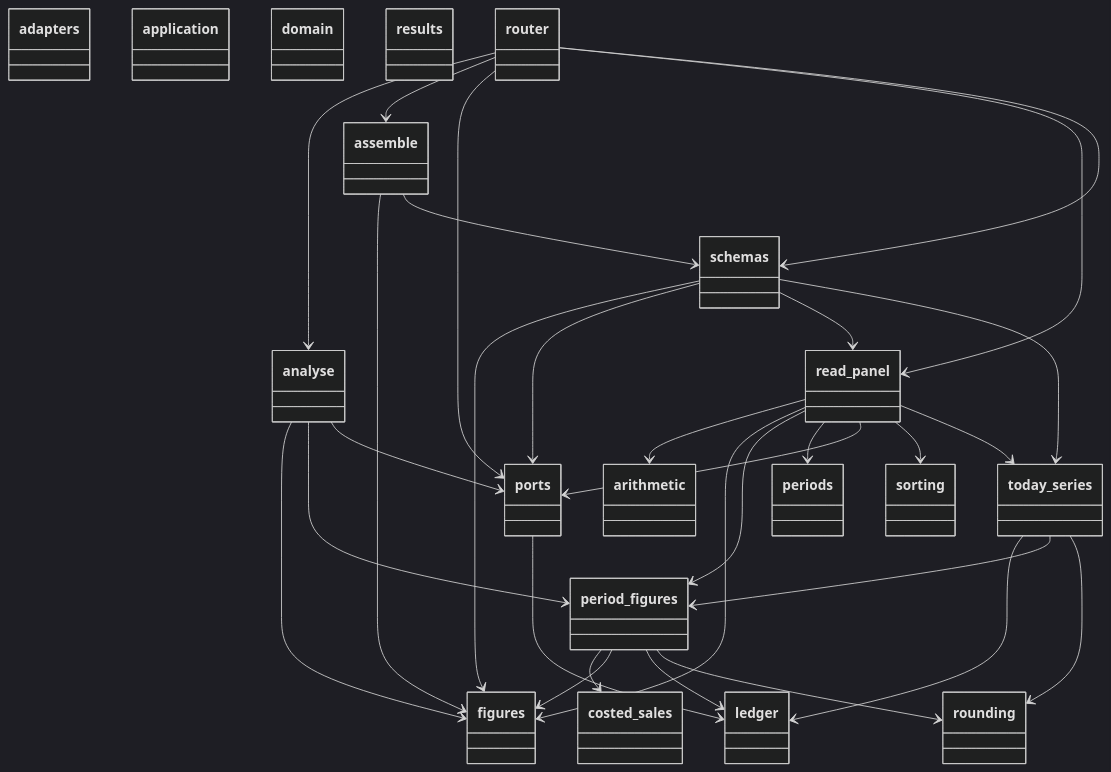
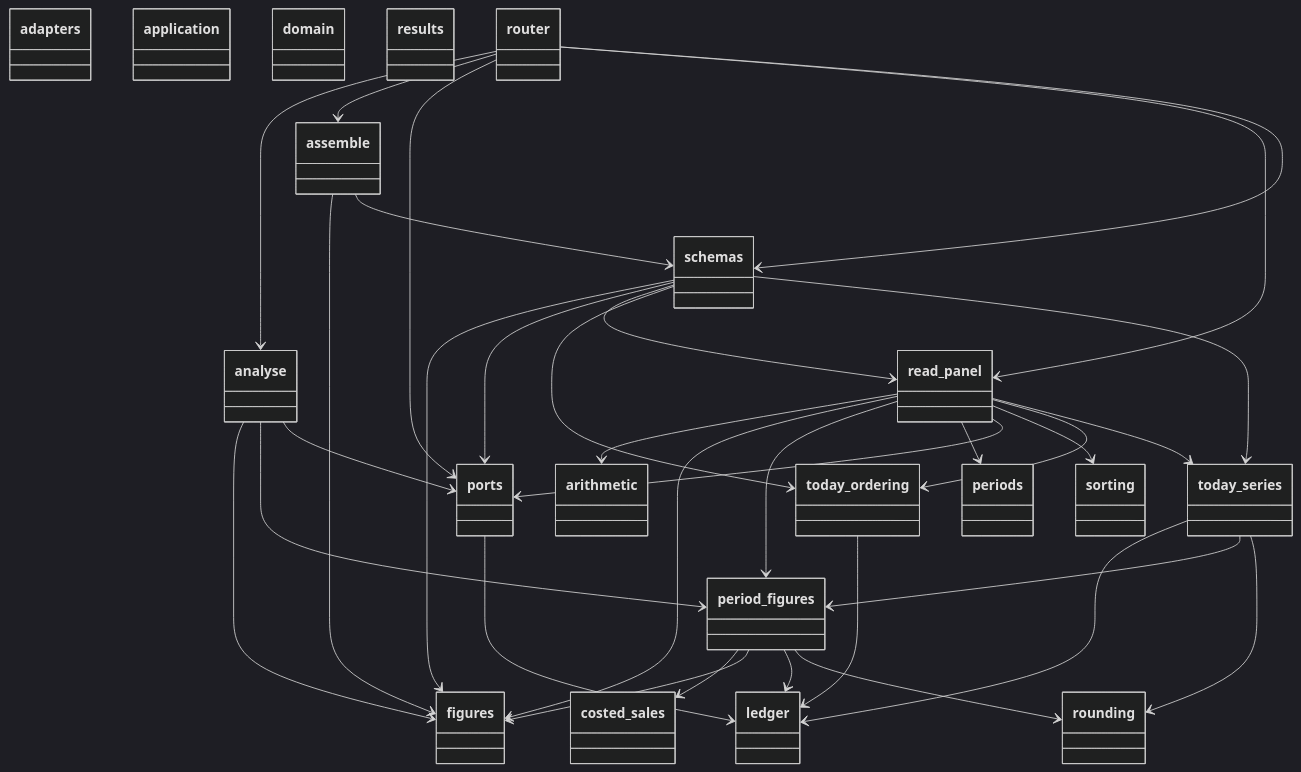
Before and after one commit to GonzaloZevallos/apostrophe: the first of 4 diagrams in docs/architecture/generated/classes/results.md, drawn with Mermaid (dark theme). The commit also changed other lines of this file and 2 other files, not shown here.

````diff
--- a/docs/architecture/generated/classes/results.md
+++ b/docs/architecture/generated/classes/results.md
@@ -7,70 +7,75 @@
 ```mermaid
 classDiagram
   class adapters {
   }
   class analyse {
   }
   class application {
   }
   class arithmetic {
   }
   class assemble {
   }
   class costed_sales {
   }
   class domain {
   }
   class figures {
   }
   class ledger {
   }
   class period_figures {
   }
   class periods {
   }
   class ports {
   }
   class read_panel {
   }
   class results {
   }
   class rounding {
   }
   class router {
   }
   class schemas {
   }
   class sorting {
   }
+  class today_ordering {
+  }
   class today_series {
   }
   analyse --> figures
   analyse --> period_figures
   analyse --> ports
   assemble --> figures
   assemble --> schemas
   period_figures --> costed_sales
   period_figures --> figures
   period_figures --> ledger
   period_figures --> rounding
   ports --> ledger
   read_panel --> arithmetic
   read_panel --> figures
   read_panel --> period_figures
   read_panel --> periods
   read_panel --> ports
   read_panel --> sorting
+  read_panel --> today_ordering
   read_panel --> today_series
   router --> analyse
   router --> assemble
   router --> ports
   router --> read_panel
   router --> schemas
   schemas --> figures
   schemas --> ports
   schemas --> read_panel
+  schemas --> today_ordering
   schemas --> today_series
+  today_ordering --> ledger
   today_series --> ledger
   today_series --> period_figures
   today_series --> rounding
 ```
````
